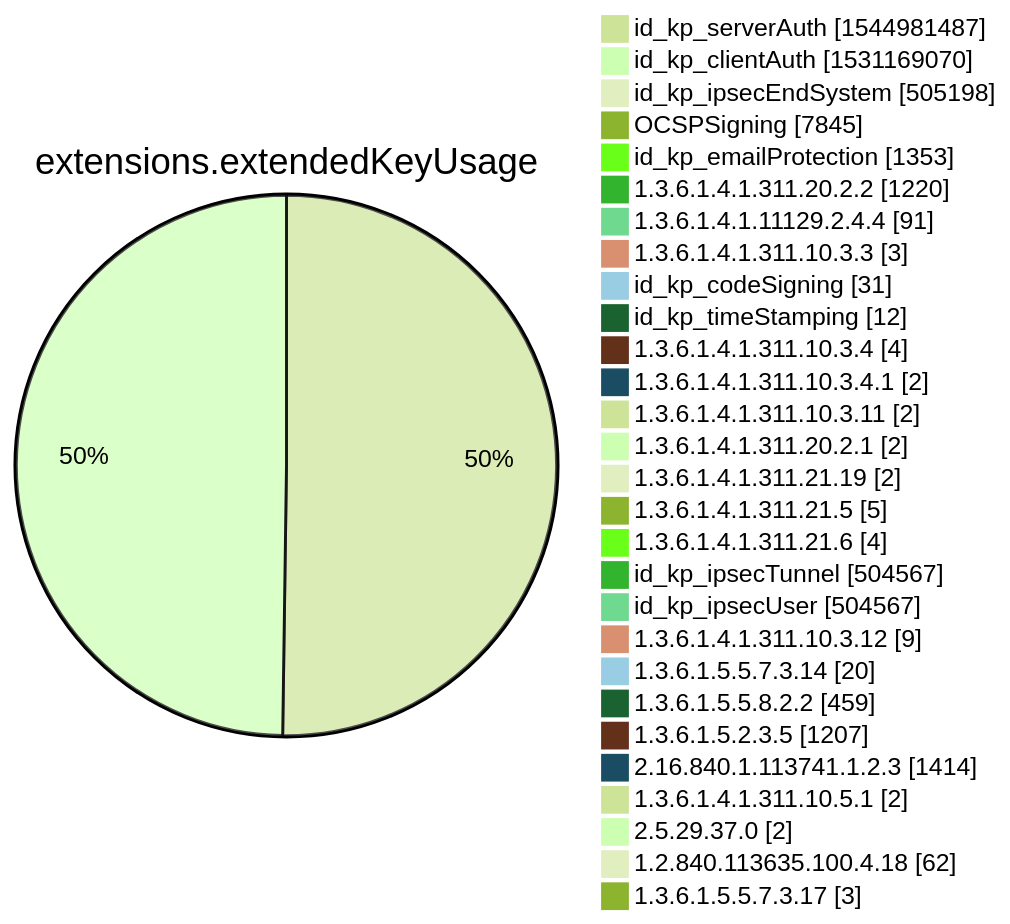
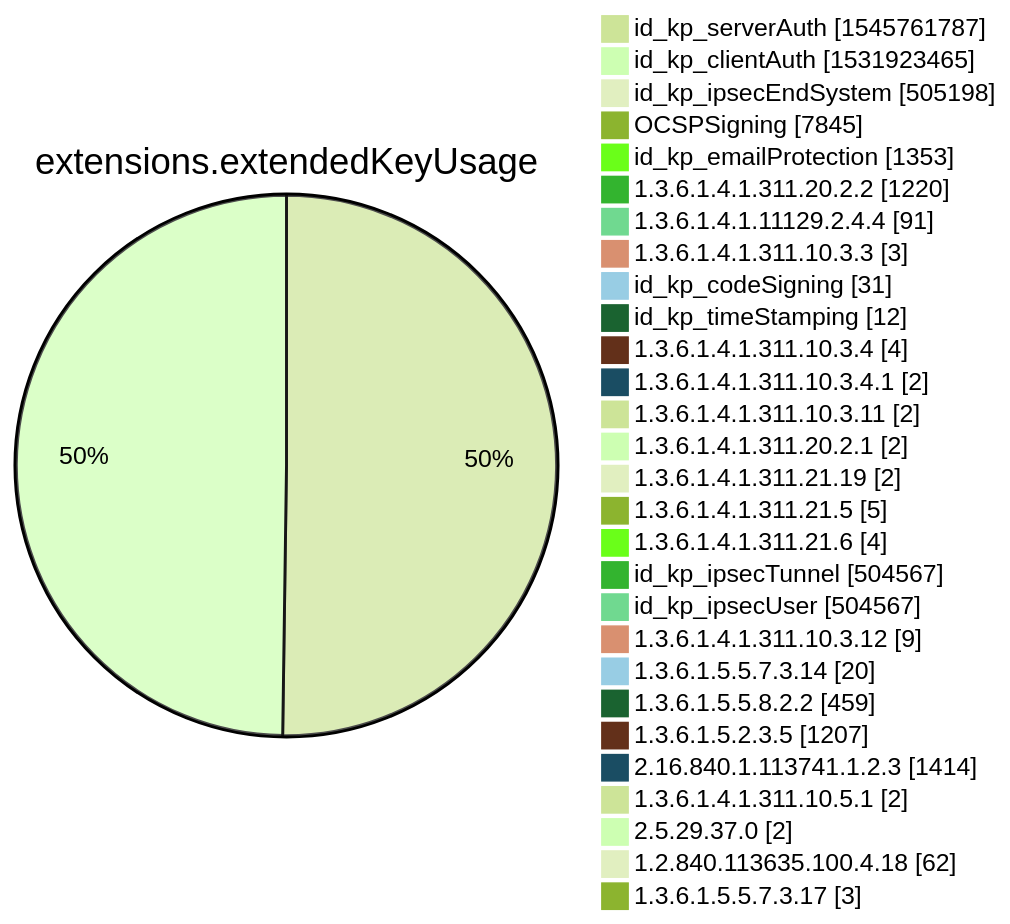
Before and after one commit to christiankrug/ctmonitor_visualization: diagram 12 of 15 in xenon2022/README.md, drawn with Mermaid (forest theme). The commit also changed other lines of this file, not shown here.

````diff
--- a/xenon2022/README.md
+++ b/xenon2022/README.md
@@ -3880,32 +3880,32 @@
 ```mermaid
 pie showData
 title extensions.extendedKeyUsage
-"id_kp_serverAuth" :1544981487
-"id_kp_clientAuth" :1531169070
+"id_kp_serverAuth" :1545761787
+"id_kp_clientAuth" :1531923465
 "id_kp_ipsecEndSystem" :505198
 "OCSPSigning" :7845
 "id_kp_emailProtection" :1353
 "1.3.6.1.4.1.311.20.2.2" :1220
 "1.3.6.1.4.1.11129.2.4.4" :91
 "1.3.6.1.4.1.311.10.3.3" :3
 "id_kp_codeSigning" :31
 "id_kp_timeStamping" :12
 "1.3.6.1.4.1.311.10.3.4" :4
 "1.3.6.1.4.1.311.10.3.4.1" :2
 "1.3.6.1.4.1.311.10.3.11" :2
 "1.3.6.1.4.1.311.20.2.1" :2
 "1.3.6.1.4.1.311.21.19" :2
 "1.3.6.1.4.1.311.21.5" :5
 "1.3.6.1.4.1.311.21.6" :4
 "id_kp_ipsecTunnel" :504567
 "id_kp_ipsecUser" :504567
 "1.3.6.1.4.1.311.10.3.12" :9
 "1.3.6.1.5.5.7.3.14" :20
 "1.3.6.1.5.5.8.2.2" :459
 "1.3.6.1.5.2.3.5" :1207
 "2.16.840.1.113741.1.2.3" :1414
 "1.3.6.1.4.1.311.10.5.1" :2
 "2.5.29.37.0" :2
 "1.2.840.113635.100.4.18" :62
 "1.3.6.1.5.5.7.3.17" :3
 ```
````
